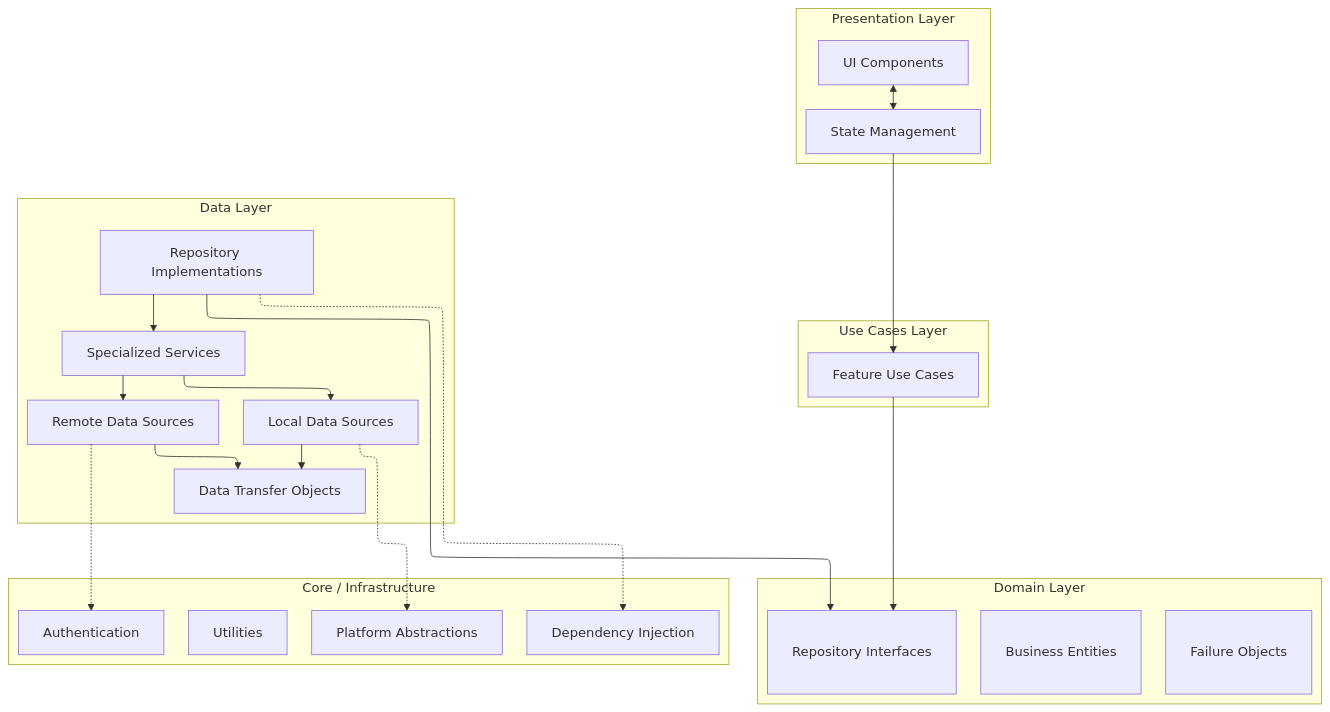
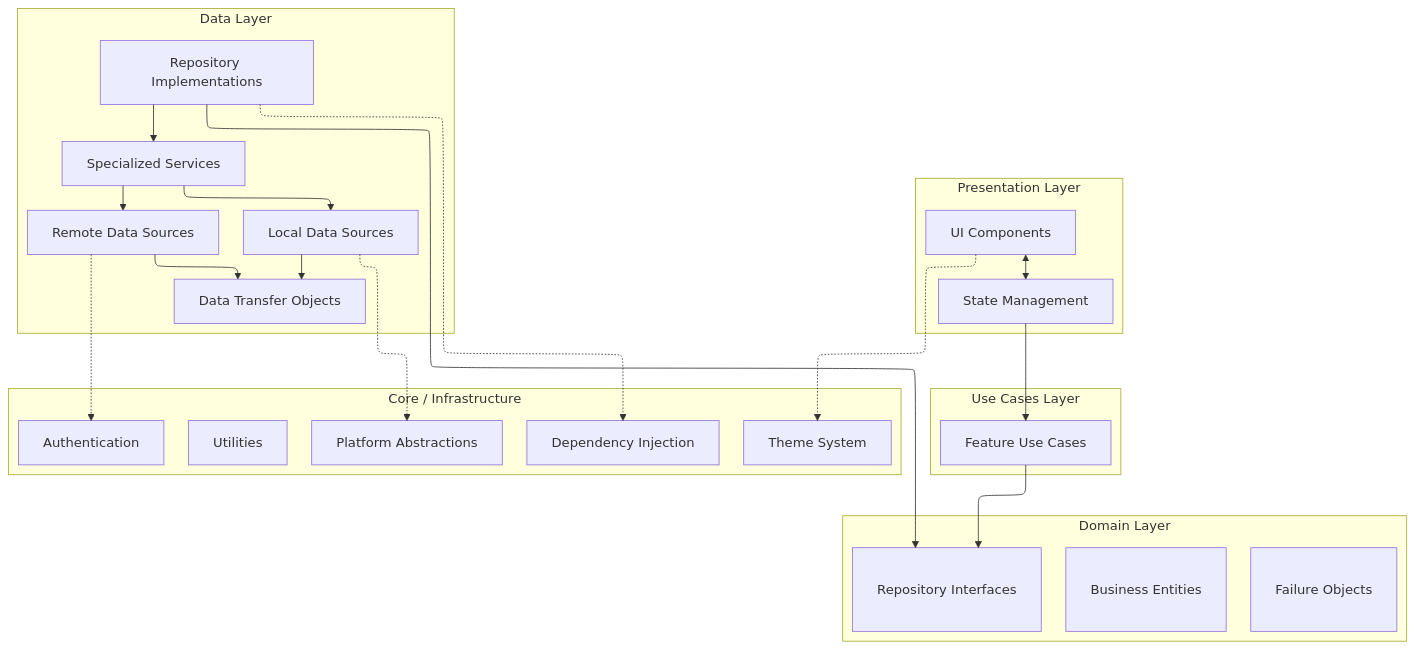
The first of 2 diagrams in docs/current/architecture-overview.md (MediScribe/docjet-mobile), drawn with Mermaid before and after one commit. The commit also changed other lines of this file and 6 other files, not shown here.

````diff
--- a/docs/current/architecture-overview.md
+++ b/docs/current/architecture-overview.md
@@ -25,56 +27,58 @@
 ```mermaid
 %%{init: {'flowchart': {'defaultRenderer': 'elk'}}}%%
 graph TD
     subgraph "Presentation Layer"
         UI[UI Components]
         StateManagement[State Management]
         UI <--> StateManagement
     end
     
     subgraph "Use Cases Layer"
         UseCases[Feature Use Cases]
     end
     
     subgraph "Domain Layer"
         Entities[Business Entities]
         Repositories[Repository Interfaces]
         Failures[Failure Objects]
     end
     
     subgraph "Data Layer"
         RepoImpl[Repository Implementations]
         Services[Specialized Services]
         RemoteDS[Remote Data Sources]
         LocalDS[Local Data Sources]
         DTOs[Data Transfer Objects]
     end
     
     subgraph "Core / Infrastructure"
         DI[Dependency Injection]
         Auth[Authentication]
         Platform[Platform Abstractions]
         Utils[Utilities]
+        Theme[Theme System]
     end
     
     StateManagement --> UseCases
     UseCases --> Repositories
     
     RepoImpl --> Repositories
     RepoImpl --> Services
     Services --> RemoteDS
     Services --> LocalDS
     RemoteDS --> DTOs
     LocalDS --> DTOs
     
     RepoImpl -.-> DI
     RemoteDS -.-> Auth
     LocalDS -.-> Platform
+    UI -.-> Theme
     
     classDef domain padding:15px;
     
     class UI,StateManagement presentation;
     class UseCases usecases;
     class Entities,Repositories,Failures domain;
     class RepoImpl,Services,RemoteDS,LocalDS,DTOs data;
-    class DI,Auth,Platform,Utils core;
+    class DI,Auth,Platform,Utils,Theme core;
 ```
````
